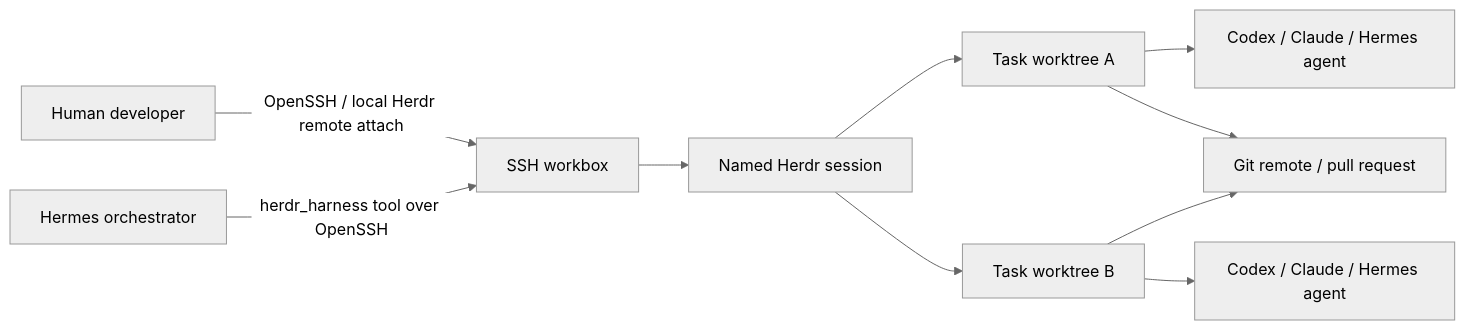
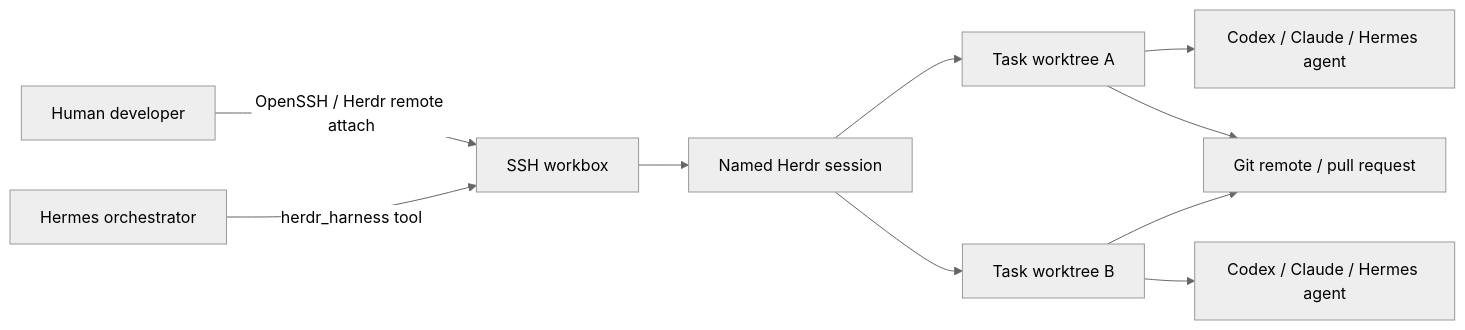
The diagram in docs/herdr-hermes-team-harness.md (csorodrigo/hermes-agent), drawn with Mermaid (neutral theme) before and after one commit. The commit also changed other lines of this file, not shown here.

Commit message:
docs(herdr): standardize per-user clones and sessions

````diff
--- a/docs/herdr-hermes-team-harness.md
+++ b/docs/herdr-hermes-team-harness.md
@@ -7,12 +7,12 @@
 ```mermaid
 flowchart LR
-    H[Human developer] -->|OpenSSH / local Herdr remote attach| S[SSH workbox]
-    M[Hermes orchestrator] -->|herdr_harness tool over OpenSSH| S
+    H[Human developer] -->|OpenSSH / Herdr remote attach| S[SSH workbox]
+    M[Hermes orchestrator] -->|herdr_harness tool| S
     S --> D[Named Herdr session]
     D --> W1[Task worktree A]
     D --> W2[Task worktree B]
     W1 --> A1[Codex / Claude / Hermes agent]
     W2 --> A2[Codex / Claude / Hermes agent]
     W1 --> G[Git remote / pull request]
     W2 --> G
 ```
````
